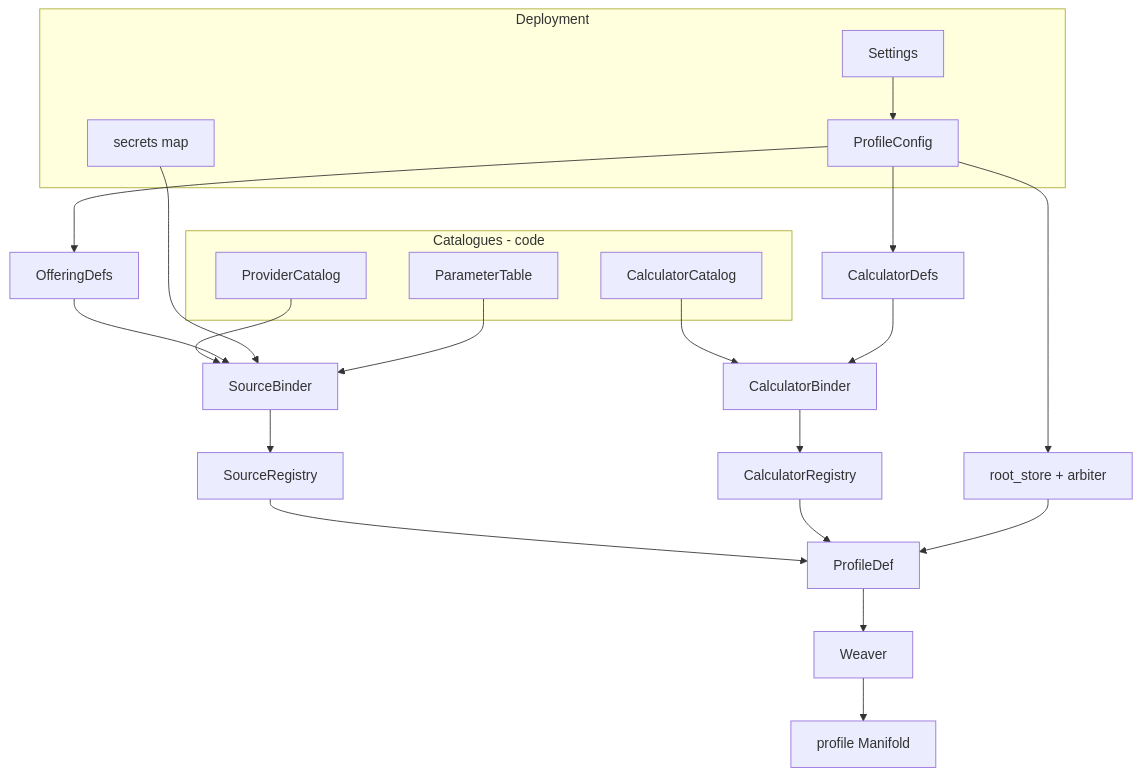
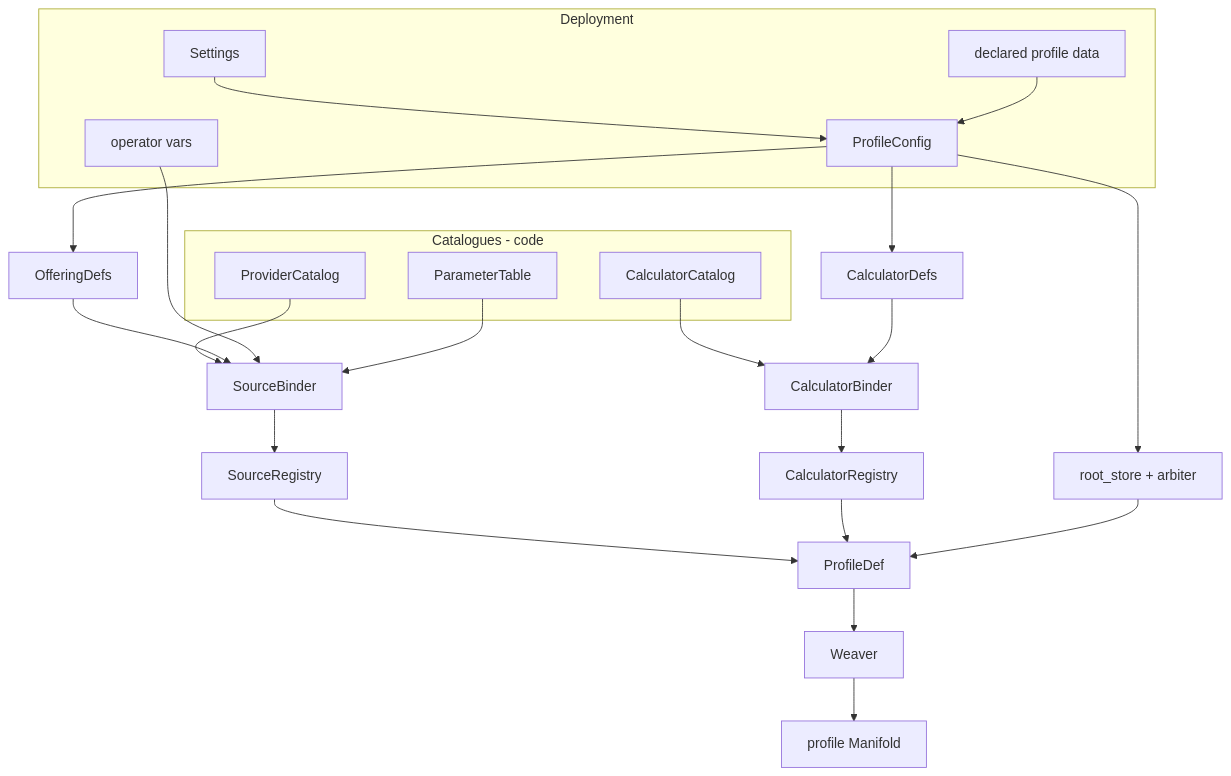
The first of 4 diagrams in docs/adr/0005-build-time-composition.md (dveyarangi/meteoscape), drawn with Mermaid before and after one commit. The commit also changed other lines of this file and 9 other files, not shown here.

````diff
--- a/docs/adr/0005-build-time-composition.md
+++ b/docs/adr/0005-build-time-composition.md
@@ -15,28 +15,29 @@
 ```mermaid
 flowchart TB
   subgraph catalogues [Catalogues - code]
     PC[ProviderCatalog]
     CC[CalculatorCatalog]
     PT[ParameterTable]
   end
   subgraph deploy [Deployment]
-    Sec[secrets map]
+    Sec[operator vars]
     Settings --> PC0[ProfileConfig]
+    Decl[declared profile data] --> PC0
   end
   PC0 --> OD[OfferingDefs]
   PC0 --> CS[CalculatorDefs]
   PC0 --> RS[root_store + arbiter]
   PC --> SB[SourceBinder]
   OD --> SB
   Sec --> SB
   PT --> SB
   SB --> SR[SourceRegistry]
   CC --> CB[CalculatorBinder]
   CS --> CB
   CB --> CR[CalculatorRegistry]
   SR --> PD[ProfileDef]
   CR --> PD
   RS --> PD
   PD --> Weaver
   Weaver --> M[profile Manifold]
 ```
````
